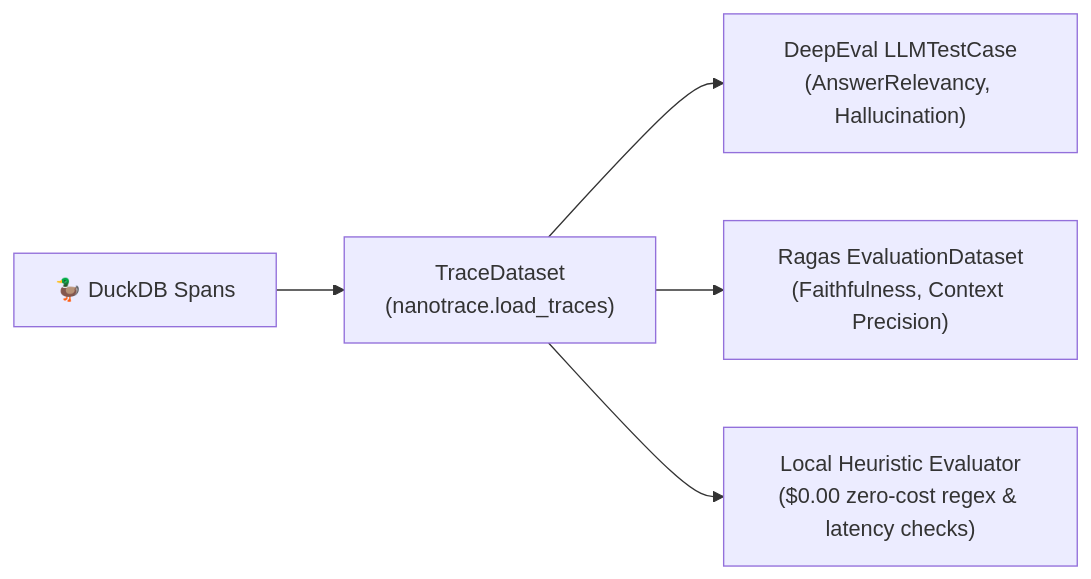
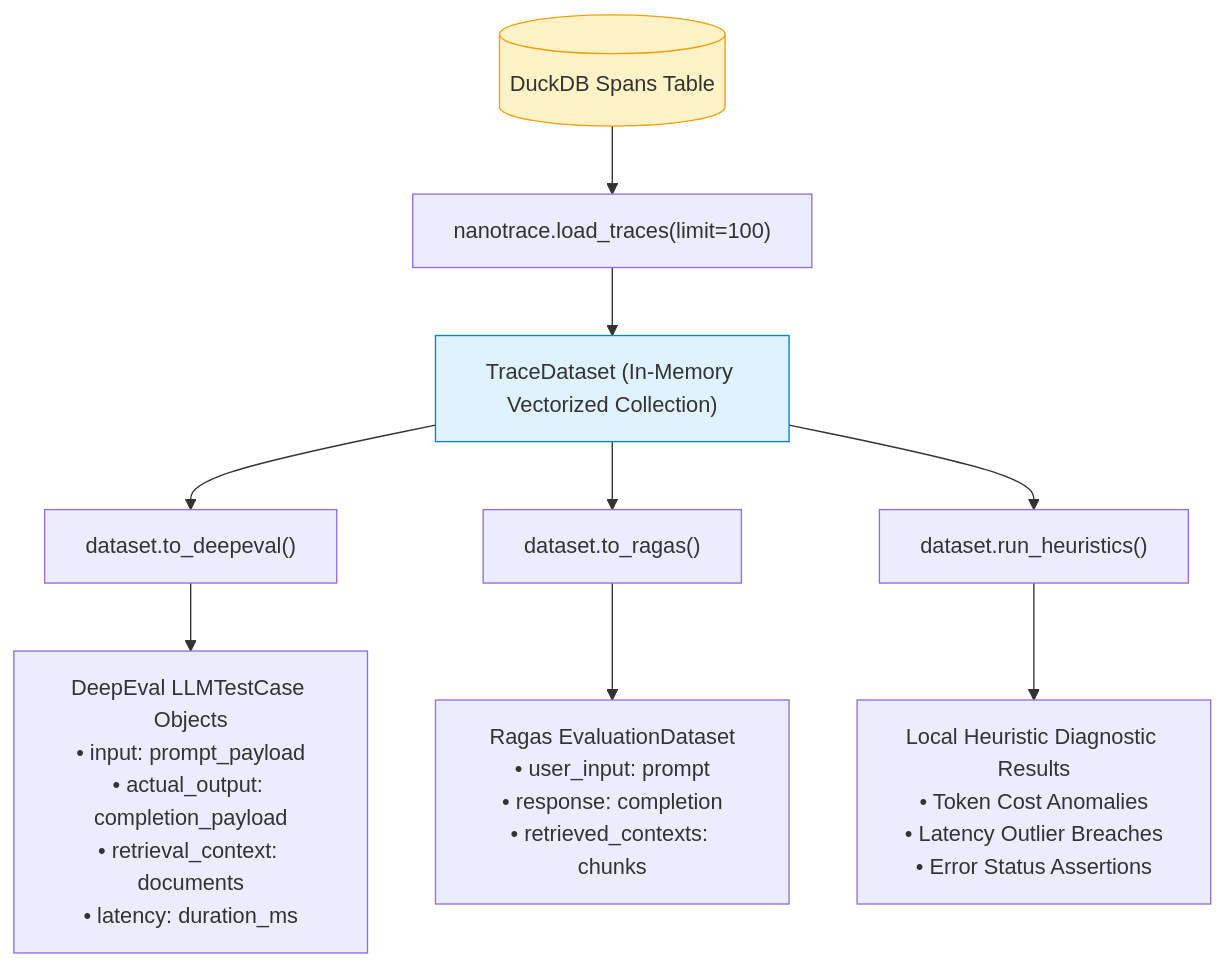
Before and after one commit to chetan15994-alt/nanotrace: the sixth of 6 diagrams in docs/USER_MANUAL.md, drawn with Mermaid. The commit also changed other lines of this file and 2 other files, not shown here.

Commit message:
docs: author comprehensive AGENTS_AND_SYSTEMS guide, redesign USER_MANUAL into visual infographic, and refine README into professional enterprise standard

````diff
--- a/docs/USER_MANUAL.md
+++ b/docs/USER_MANUAL.md
@@ -366,7 +187,16 @@
 ```mermaid
-graph LR
-    DuckDB["🦆 DuckDB Spans"] --> Bridge["TraceDataset\n(nanotrace.load_traces)"]
-    Bridge --> DeepEval["DeepEval LLMTestCase\n(AnswerRelevancy, Hallucination)"]
-    Bridge --> Ragas["Ragas EvaluationDataset\n(Faithfulness, Context Precision)"]
-    Bridge --> Local["Local Heuristic Evaluator\n($0.00 zero-cost regex & latency checks)"]
+flowchart TD
+    DuckDBStore[("DuckDB Spans Table")] --> Load["nanotrace.load_traces(limit=100)"]
+    Load --> Dataset["TraceDataset (In-Memory Vectorized Collection)"]
+    
+    Dataset --> Path1["dataset.to_deepeval()"]
+    Dataset --> Path2["dataset.to_ragas()"]
+    Dataset --> Path3["dataset.run_heuristics()"]
+    
+    Path1 --> DeepEvalOut["DeepEval LLMTestCase Objects\n• input: prompt_payload\n• actual_output: completion_payload\n• retrieval_context: documents\n• latency: duration_ms"]
+    Path2 --> RagasOut["Ragas EvaluationDataset\n• user_input: prompt\n• response: completion\n• retrieved_contexts: chunks"]
+    Path3 --> HeuristicsOut["Local Heuristic Diagnostic Results\n• Token Cost Anomalies\n• Latency Outlier Breaches\n• Error Status Assertions"]
+
+    style DuckDBStore fill:#fef3c7,stroke:#f59e0b,stroke-width:1px
+    style Dataset fill:#e0f2fe,stroke:#0284c7,stroke-width:1px
 ```
````
